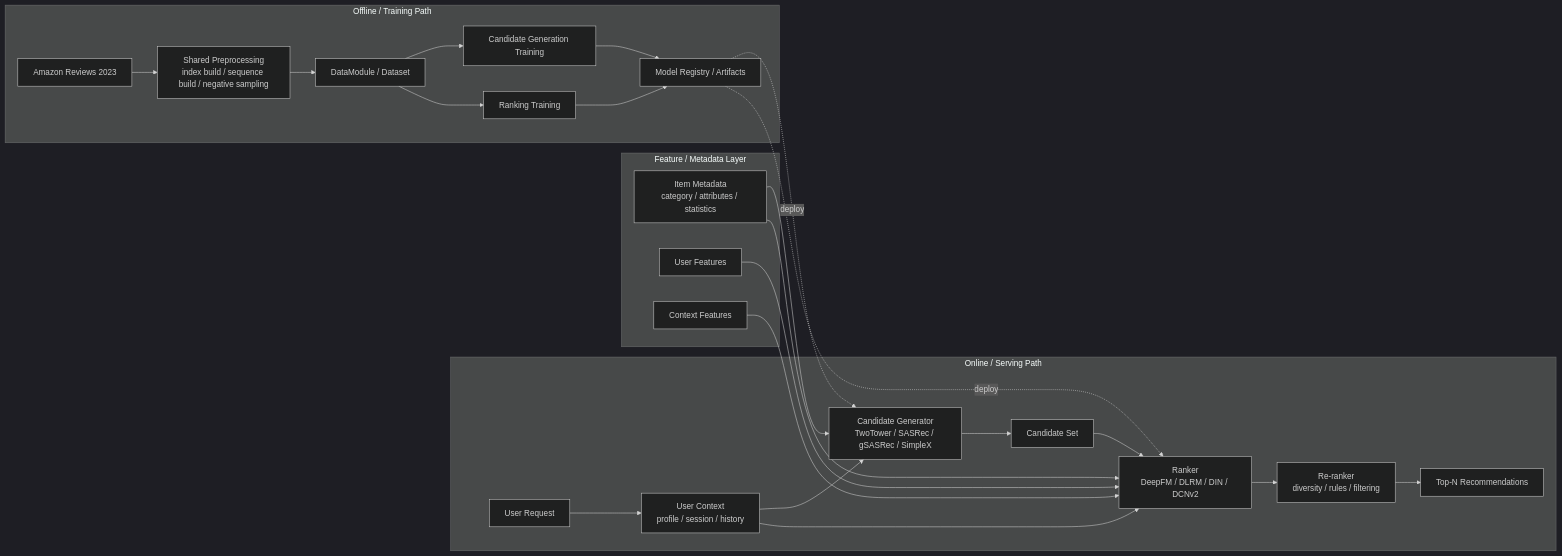
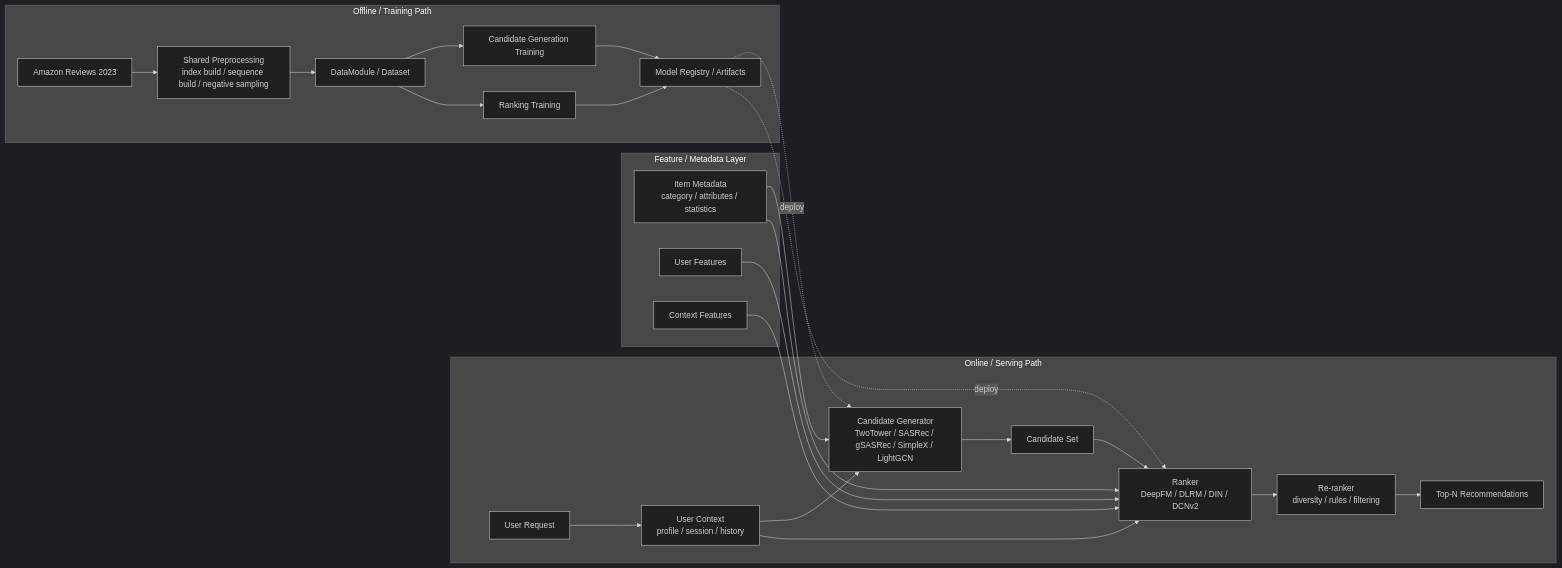
One commit to haru-256/ml-sandbox changed the second of 5 diagrams in README.md. Above: the diagram before and after it, drawn with Mermaid (dark theme). The commit also changed other lines of this file and 1 other file, not shown here.

First line of the commit message:
docs: update documentation to include LightGCN model

````diff
--- a/README.md
+++ b/README.md
@@ -128,51 +128,51 @@
 ```mermaid
 flowchart LR
     subgraph Online["Online / Serving Path"]
         U[User Request]
         UC[User Context<br/>profile / session / history]
-        CG[Candidate Generator<br/>TwoTower / SASRec / gSASRec / SimpleX]
+        CG[Candidate Generator<br/>TwoTower / SASRec / gSASRec / SimpleX / LightGCN]
         CS[Candidate Set]
         RK[Ranker<br/>DeepFM / DLRM / DIN / DCNv2]
         RR[Re-ranker<br/>diversity / rules / filtering]
         OUT[Top-N Recommendations]
     end
 
     subgraph FeatureStore["Feature / Metadata Layer"]
         IM[Item Metadata<br/>category / attributes / statistics]
         UF[User Features]
         CF[Context Features]
     end
 
     subgraph Offline["Offline / Training Path"]
         RAW[Amazon Reviews 2023]
         PRE[Shared Preprocessing<br/>index build / sequence build / negative sampling]
         DM[DataModule / Dataset]
         TRCG[Candidate Generation Training]
         TRRK[Ranking Training]
         REG[Model Registry / Artifacts]
     end
 
     RAW --> PRE
     PRE --> DM
     DM --> TRCG
     DM --> TRRK
     TRCG --> REG
     TRRK --> REG
 
     U --> UC
     UC --> CG
     IM --> CG
     CG --> CS
 
     CS --> RK
     UC --> RK
     UF --> RK
     CF --> RK
     IM --> RK
 
     RK --> RR
     RR --> OUT
 
     REG -. deploy .-> CG
     REG -. deploy .-> RK
 ```
````
